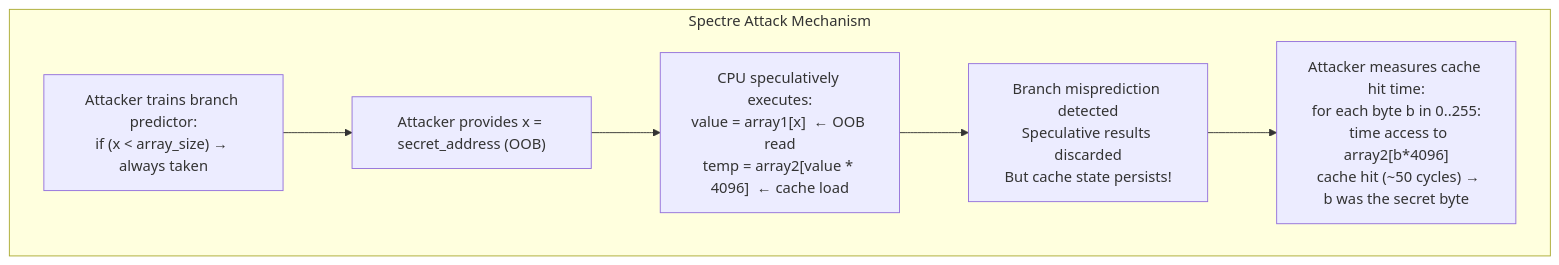
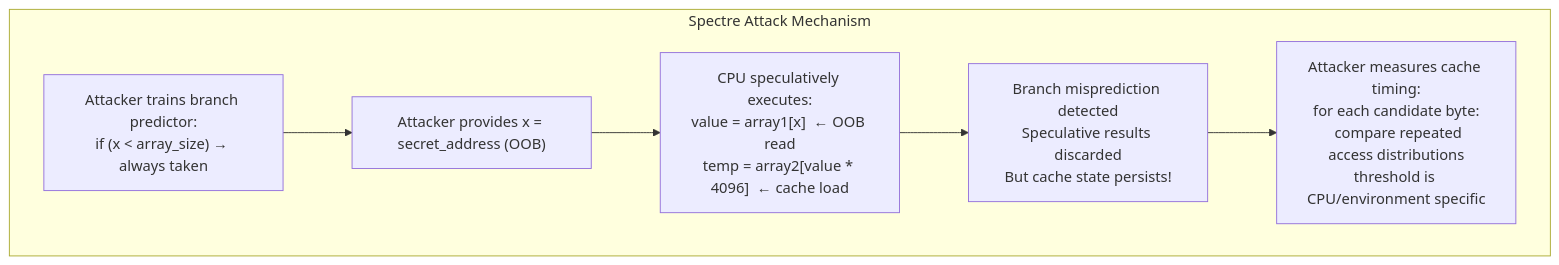
One commit to choisimo/document changed diagram 14 of 20 in content/docs/books/cs-reference/ko/security-internals.md. Above: the diagram before and after it, drawn with Mermaid. The commit also changed other lines of this file and 504 other files, not shown here.

````diff
--- a/content/docs/books/cs-reference/ko/security-internals.md
+++ b/content/docs/books/cs-reference/ko/security-internals.md
@@ -389,11 +399,11 @@
 ```mermaid
 flowchart TD
     subgraph "Spectre Attack Mechanism"
         S1["Attacker trains branch predictor:\nif (x < array_size) → always taken"]
         S2["Attacker provides x = secret_address (OOB)"]
         S3["CPU speculatively executes:\nvalue = array1[x]  ← OOB read\ntemp = array2[value * 4096]  ← cache load"]
         S4["Branch misprediction detected\nSpeculative results discarded\nBut cache state persists!"]
-        S5["Attacker measures cache hit time:\nfor each byte b in 0..255:\n  time access to array2[b*4096]\n  cache hit (~50 cycles) → b was the secret byte"]
+        S5["Attacker measures cache timing:\nfor each candidate byte:\n  compare repeated access distributions\nthreshold is CPU/environment specific"]
         S1 --> S2 --> S3 --> S4 --> S5
     end
 ```
````
